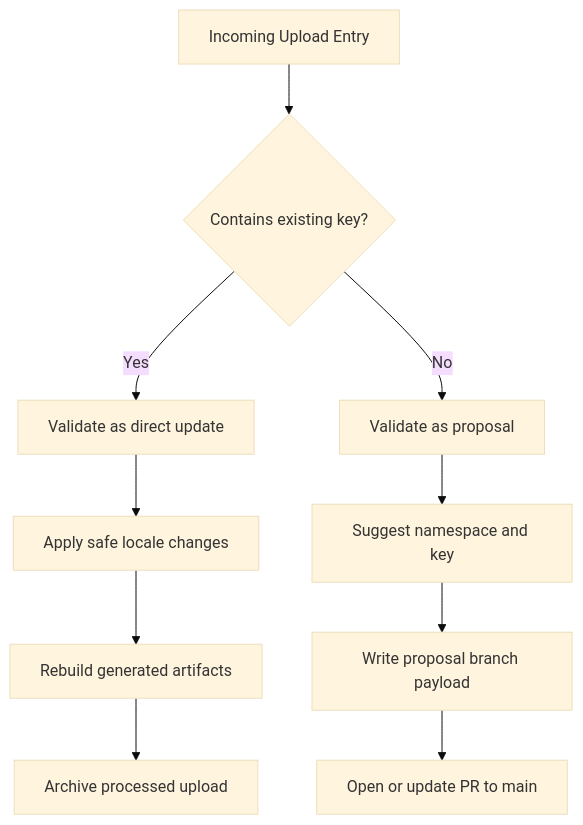
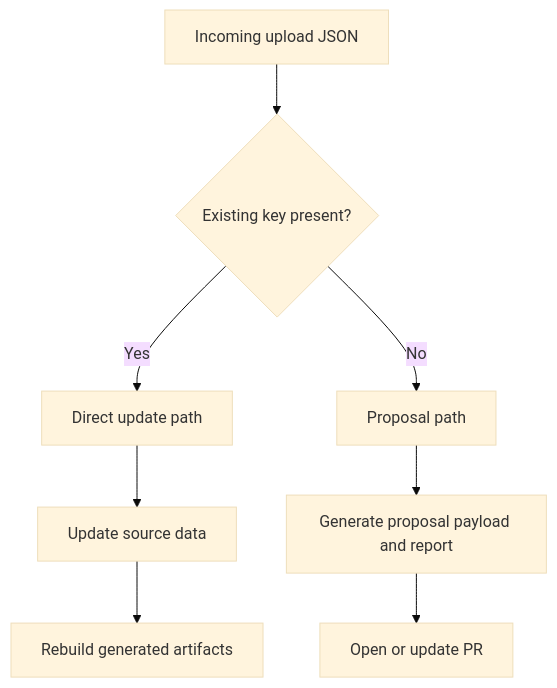
One commit to PRAxISDEVELOPMENT/mypraxis_translation_keys changed the second of 3 diagrams in README.md. Above: the diagram before and after it, drawn with Mermaid (base theme). The commit also changed other lines of this file and 13 other files, not shown here.

````diff
--- a/README.md
+++ b/README.md
@@ -60,13 +96,10 @@
 ```mermaid
 flowchart TD
-    A[Incoming Upload Entry] --> B{Contains existing key?}
-    B -- Yes --> C[Validate as direct update]
-    C --> D[Apply safe locale changes]
-    D --> E[Rebuild generated artifacts]
-    E --> F[Archive processed upload]
-
-    B -- No --> G[Validate as proposal]
-    G --> H[Suggest namespace and key]
-    H --> I[Write proposal branch payload]
-    I --> J[Open or update PR to main]
+    A[Incoming upload JSON] --> B{Existing key present?}
+    B -- Yes --> C[Direct update path]
+    B -- No --> D[Proposal path]
+    C --> E[Update source data]
+    D --> F[Generate proposal payload and report]
+    E --> G[Rebuild generated artifacts]
+    F --> H[Open or update PR]
 ```
````
